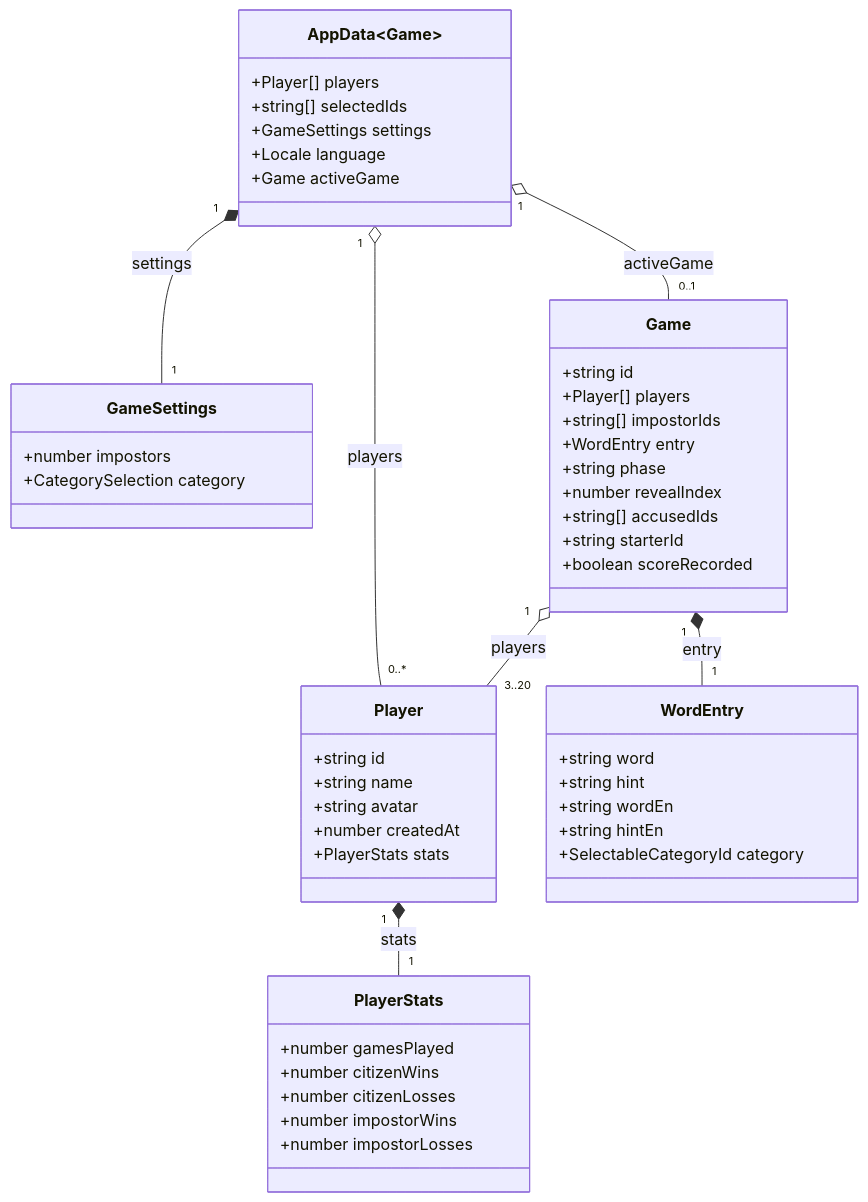
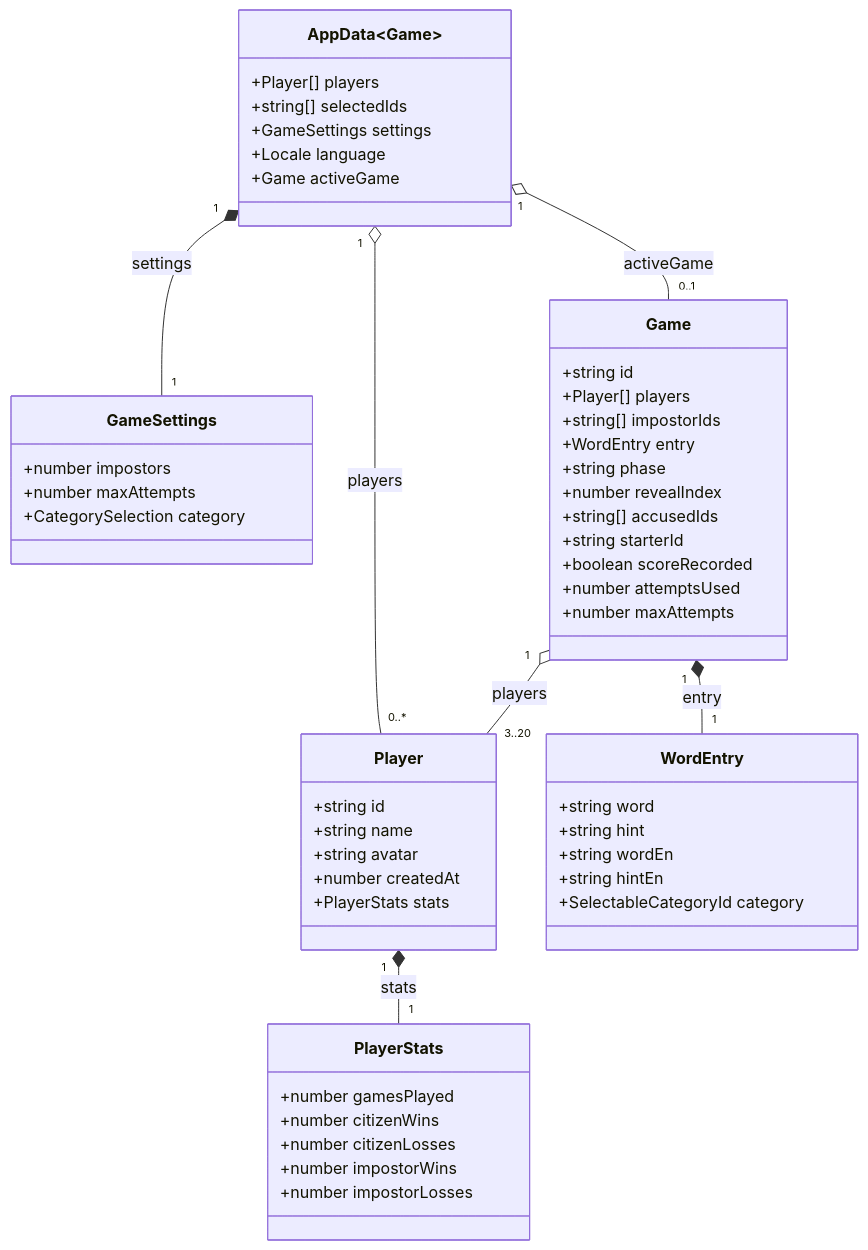
The diagram in kb/indexeddb.md (LucaSforza/ImpostorGame), drawn with Mermaid before and after one commit. The commit also changed other lines of this file and 10 other files, not shown here.

````diff
--- a/kb/indexeddb.md
+++ b/kb/indexeddb.md
@@ -17,52 +17,55 @@
 ```mermaid
 classDiagram
   class AppData~Game~ {
     +Player[] players
     +string[] selectedIds
     +GameSettings settings
     +Locale language
     +Game activeGame
   }
   class Player {
     +string id
     +string name
     +string avatar
     +number createdAt
     +PlayerStats stats
   }
   class PlayerStats {
     +number gamesPlayed
     +number citizenWins
     +number citizenLosses
     +number impostorWins
     +number impostorLosses
   }
   class GameSettings {
     +number impostors
+    +number maxAttempts
     +CategorySelection category
   }
   class Game {
     +string id
     +Player[] players
     +string[] impostorIds
     +WordEntry entry
     +string phase
     +number revealIndex
     +string[] accusedIds
     +string starterId
     +boolean scoreRecorded
+    +number attemptsUsed
+    +number maxAttempts
   }
   class WordEntry {
     +string word
     +string hint
     +string wordEn
     +string hintEn
     +SelectableCategoryId category
   }
   AppData~Game~ "1" o-- "0..*" Player : players
   Player "1" *-- "1" PlayerStats : stats
   AppData~Game~ "1" *-- "1" GameSettings : settings
   AppData~Game~ "1" o-- "0..1" Game : activeGame
   Game "1" o-- "3..20" Player : players
   Game "1" *-- "1" WordEntry : entry
 ```
````
